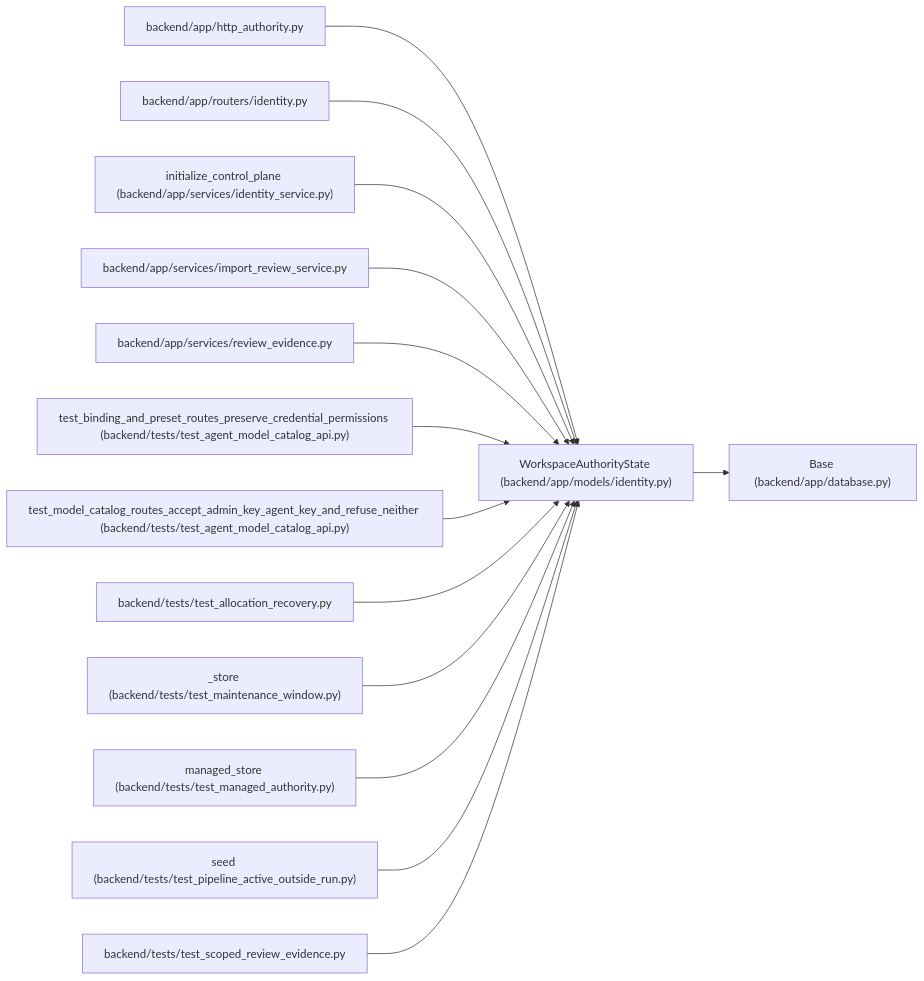
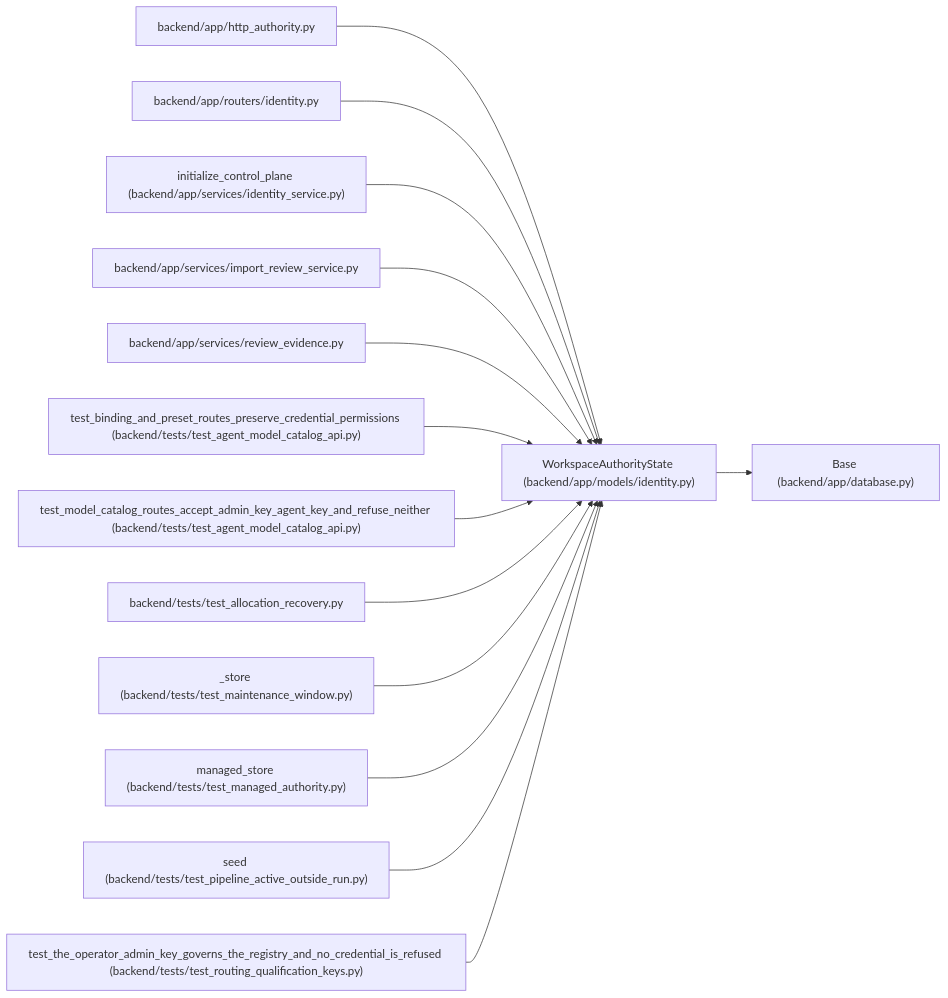
Before and after one commit to Denissvgn/WorkChord: the diagram in docs/llm_wiki/entities/WorkspaceAuthorityState.md, drawn with Mermaid. The commit also changed other lines of this file and 911 other files, not shown here.

Commit message:
Sync the architectural wiki for deployment qualification keys

````diff
--- a/docs/llm_wiki/entities/WorkspaceAuthorityState.md
+++ b/docs/llm_wiki/entities/WorkspaceAuthorityState.md
@@ -27,44 +27,44 @@
 ```mermaid
 flowchart LR
     n0["WorkspaceAuthorityState (backend/app/models/identity.py)"]
     n1["Base (backend/app/database.py)"]
     n2["backend/app/http_authority.py"]
     n3["backend/app/routers/identity.py"]
     n4["initialize_control_plane (backend/app/services/identity_service.py)"]
     n5["backend/app/services/import_review_service.py"]
     n6["backend/app/services/review_evidence.py"]
     n7["test_binding_and_preset_routes_preserve_credential_permissions (backend/tests/test_agent_model_catalog_api.py)"]
     n8["test_model_catalog_routes_accept_admin_key_agent_key_and_refuse_neither (backend/tests/test_agent_model_catalog_api.py)"]
     n9["backend/tests/test_allocation_recovery.py"]
     n10["_store (backend/tests/test_maintenance_window.py)"]
     n11["managed_store (backend/tests/test_managed_authority.py)"]
     n12["seed (backend/tests/test_pipeline_active_outside_run.py)"]
-    n13["backend/tests/test_scoped_review_evidence.py"]
+    n13["test_the_operator_admin_key_governs_the_registry_and_no_credential_is_refused (backend/tests/test_routing_qualification_keys.py)"]
     n0 --> n1
     n2 --> n0
     n3 --> n0
     n4 --> n0
     n5 --> n0
     n6 --> n0
     n7 --> n0
     n8 --> n0
     n9 --> n0
     n10 --> n0
     n11 --> n0
     n12 --> n0
     n13 --> n0
     click n0 "../modules/models_identity.md"
     click n1 "../modules/app_database.md"
     click n2 "../modules/http_authority.md"
     click n3 "../modules/routers_identity.md"
     click n4 "../modules/identity_service.md"
     click n5 "../modules/import_review_service.md"
     click n6 "../modules/services_review_evidence.md"
     click n7 "../modules/test_agent_model_catalog_api.md"
     click n8 "../modules/test_agent_model_catalog_api.md"
     click n9 "../modules/test_allocation_recovery.md"
     click n10 "../modules/test_maintenance_window.md"
     click n11 "../modules/test_managed_authority.md"
     click n12 "../modules/test_pipeline_active_outside_run.md"
-    click n13 "../modules/test_scoped_review_evidence.md"
+    click n13 "../modules/test_routing_qualification_keys.md"
 ```
````
